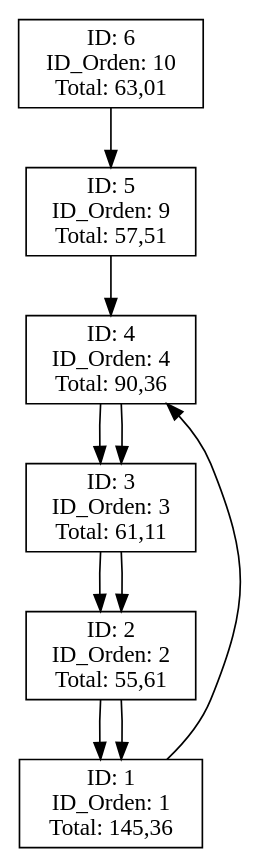
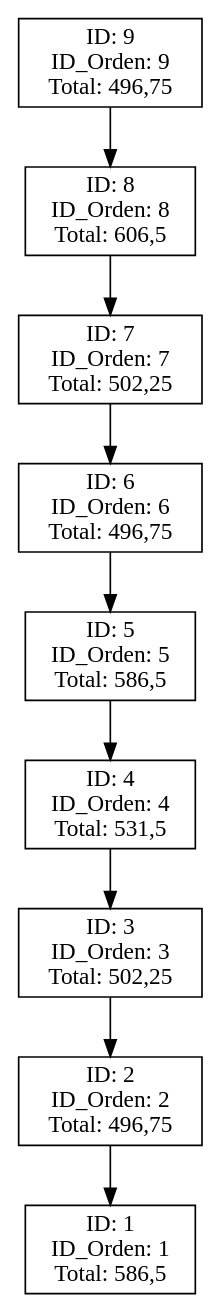
The diagram in Fase_1/AutoGestPro/AutoGestPro/bin/Debug/net9.0/reporte_Facturación.dot (Santiago78op/EDD_1S2025_201905884), drawn with Graphviz before and after one commit. The commit also changed 14 other files, not shown here.

```diff
--- a/Fase_1/AutoGestPro/AutoGestPro/bin/Debug/net9.0/reporte_Facturación.dot
+++ b/Fase_1/AutoGestPro/AutoGestPro/bin/Debug/net9.0/reporte_Facturación.dot
@@ -1,23 +1,21 @@
 digraph G {
 node [shape=box];
 rankdir=TB;
-F6 [label="ID: 6\nID_Orden: 10\nTotal: 63,01"];
-F5 [label="ID: 5\nID_Orden: 9\nTotal: 57,51"];
+F9 [label="ID: 9\nID_Orden: 9\nTotal: 496,75"];
+F8 [label="ID: 8\nID_Orden: 8\nTotal: 606,5"];
+F9 -> F8;
+F7 [label="ID: 7\nID_Orden: 7\nTotal: 502,25"];
+F8 -> F7;
+F6 [label="ID: 6\nID_Orden: 6\nTotal: 496,75"];
+F7 -> F6;
+F5 [label="ID: 5\nID_Orden: 5\nTotal: 586,5"];
 F6 -> F5;
-F4 [label="ID: 4\nID_Orden: 8\nTotal: 167,26"];
+F4 [label="ID: 4\nID_Orden: 4\nTotal: 531,5"];
 F5 -> F4;
-F3 [label="ID: 3\nID_Orden: 7\nTotal: 63,01"];
+F3 [label="ID: 3\nID_Orden: 3\nTotal: 502,25"];
 F4 -> F3;
-F2 [label="ID: 2\nID_Orden: 6\nTotal: 468,51"];
+F2 [label="ID: 2\nID_Orden: 2\nTotal: 496,75"];
 F3 -> F2;
-F1 [label="ID: 1\nID_Orden: 5\nTotal: 558,26"];
-F2 -> F1;
-F4 [label="ID: 4\nID_Orden: 4\nTotal: 90,36"];
-F1 -> F4;
-F3 [label="ID: 3\nID_Orden: 3\nTotal: 61,11"];
-F4 -> F3;
-F2 [label="ID: 2\nID_Orden: 2\nTotal: 55,61"];
-F3 -> F2;
-F1 [label="ID: 1\nID_Orden: 1\nTotal: 145,36"];
+F1 [label="ID: 1\nID_Orden: 1\nTotal: 586,5"];
 F2 -> F1;
 }
```
